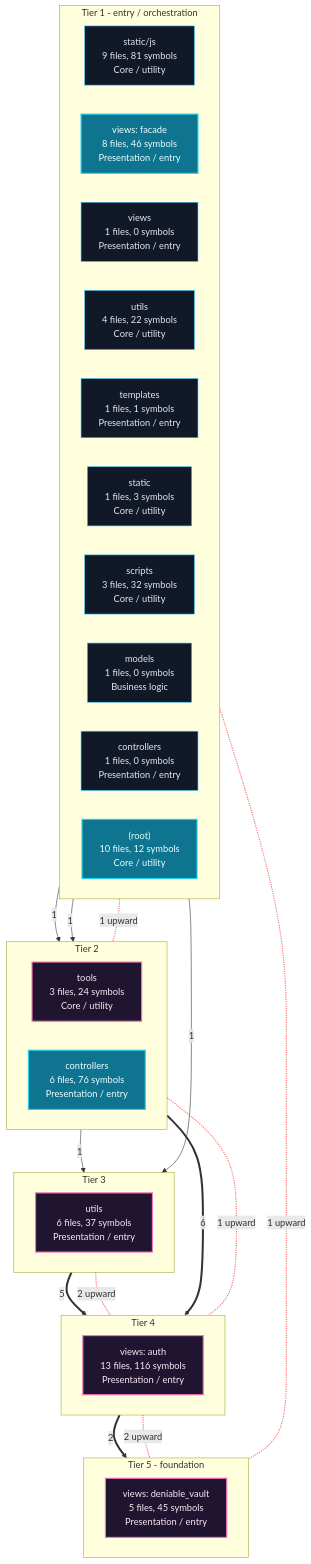
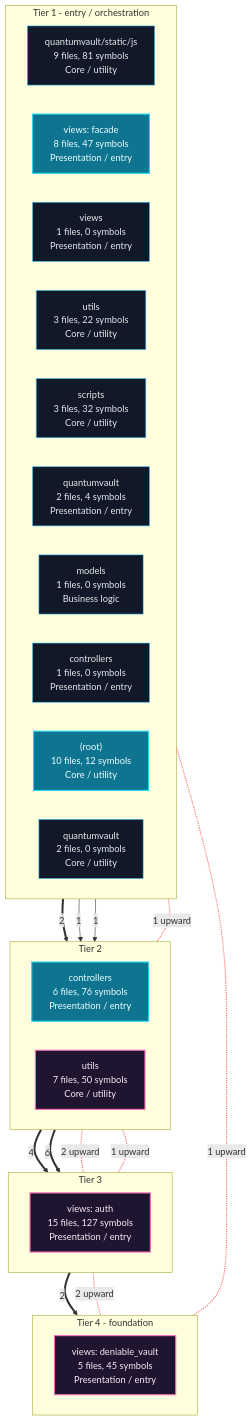
One commit to grisuno/QuantumVault changed the first of 6 diagrams in readmenator-apidocs/architecture.md. Above: the diagram before and after it, drawn with Mermaid. The commit also changed other lines of this file and 275 other files, not shown here.

First line of the commit message:
fix(module): ship templates, static and console script in the wheel

````diff
--- a/readmenator-apidocs/architecture.md
+++ b/readmenator-apidocs/architecture.md
@@ -11,53 +11,47 @@
 ```mermaid
 flowchart TB
     classDef cycle fill:#1f1530,stroke:#f472b6,color:#fce7f3,stroke-width:2px;
     classDef default fill:#111827,stroke:#38bdf8,color:#e5e7eb;
     classDef entry fill:#0e7490,stroke:#22d3ee,color:#ecfeff,stroke-width:2px;
     subgraph lane_0["Tier 1 - entry / orchestration"]
         direction LR
-        n_c2["static/js<br/>9 files, 81 symbols<br/>Core / utility"]:::default
-        n_c1["views: facade<br/>8 files, 46 symbols<br/>Presentation / entry"]:::entry
+        n_c3["quantumvault/static/js<br/>9 files, 81 symbols<br/>Core / utility"]:::default
+        n_c1["views: facade<br/>8 files, 47 symbols<br/>Presentation / entry"]:::entry
         n_d_views["views<br/>1 files, 0 symbols<br/>Presentation / entry"]:::default
-        n_d_utils["utils<br/>4 files, 22 symbols<br/>Core / utility"]:::default
-        n_d_templates["templates<br/>1 files, 1 symbols<br/>Presentation / entry"]:::default
-        n_d_static["static<br/>1 files, 3 symbols<br/>Core / utility"]:::default
+        n_d_utils["utils<br/>3 files, 22 symbols<br/>Core / utility"]:::default
         n_d_scripts["scripts<br/>3 files, 32 symbols<br/>Core / utility"]:::default
+        n_d_quantumvault["quantumvault<br/>2 files, 4 symbols<br/>Presentation / entry"]:::default
         n_d_models["models<br/>1 files, 0 symbols<br/>Business logic"]:::default
         n_d_controllers["controllers<br/>1 files, 0 symbols<br/>Presentation / entry"]:::default
         n_d__root_["(root)<br/>10 files, 12 symbols<br/>Core / utility"]:::entry
+        n_c6["quantumvault<br/>2 files, 0 symbols<br/>Core / utility"]:::default
     end
     subgraph lane_1["Tier 2"]
         direction LR
-        n_c6["tools<br/>3 files, 24 symbols<br/>Core / utility"]:::cycle
-        n_c3["controllers<br/>6 files, 76 symbols<br/>Presentation / entry"]:::entry
+        n_c4["controllers<br/>6 files, 76 symbols<br/>Presentation / entry"]:::entry
+        n_c2["utils<br/>7 files, 50 symbols<br/>Core / utility"]:::cycle
     end
     subgraph lane_2["Tier 3"]
         direction LR
-        n_c5["utils<br/>6 files, 37 symbols<br/>Presentation / entry"]:::cycle
+        n_c0["views: auth<br/>15 files, 127 symbols<br/>Presentation / entry"]:::cycle
     end
-    subgraph lane_3["Tier 4"]
+    subgraph lane_3["Tier 4 - foundation"]
         direction LR
-        n_c0["views: auth<br/>13 files, 116 symbols<br/>Presentation / entry"]:::cycle
+        n_c5["views: deniable_vault<br/>5 files, 45 symbols<br/>Presentation / entry"]:::cycle
     end
-    subgraph lane_4["Tier 5 - foundation"]
-        direction LR
-        n_c4["views: deniable_vault<br/>5 files, 45 symbols<br/>Presentation / entry"]:::cycle
-    end
-    n_c0 ==>|"2"| n_c4
-    n_c1 -->|"1"| n_c3
-    n_c1 -->|"1"| n_c6
-    n_c2 -->|"1"| n_c5
-    n_c3 ==>|"6"| n_c0
-    n_c5 ==>|"5"| n_c0
-    n_c6 -->|"1"| n_c5
-    n_c3 <-.-|"1 upward"| n_c0
-    n_c5 <-.-|"2 upward"| n_c0
-    n_c1 <-.-|"1 upward"| n_c3
-    n_c0 <-.-|"2 upward"| n_c4
+    n_c0 ==>|"2"| n_c5
+    n_c1 ==>|"2"| n_c2
+    n_c1 -->|"1"| n_c4
+    n_c2 ==>|"4"| n_c0
+    n_c3 -->|"1"| n_c2
+    n_c4 ==>|"6"| n_c0
+    n_c2 <-.-|"2 upward"| n_c0
+    n_c4 <-.-|"1 upward"| n_c0
     n_c1 <-.-|"1 upward"| n_c4
-    linkStyle 7,8,9,10,11 stroke:#f87171,stroke-width:2px;
-    n_c2 ~~~ n_c6
-    n_c6 ~~~ n_c5
-    n_c5 ~~~ n_c0
-    n_c0 ~~~ n_c4
+    n_c0 <-.-|"2 upward"| n_c5
+    n_c1 <-.-|"1 upward"| n_c5
+    linkStyle 6,7,8,9,10 stroke:#f87171,stroke-width:2px;
+    n_c3 ~~~ n_c4
+    n_c4 ~~~ n_c0
+    n_c0 ~~~ n_c5
 ```
````
